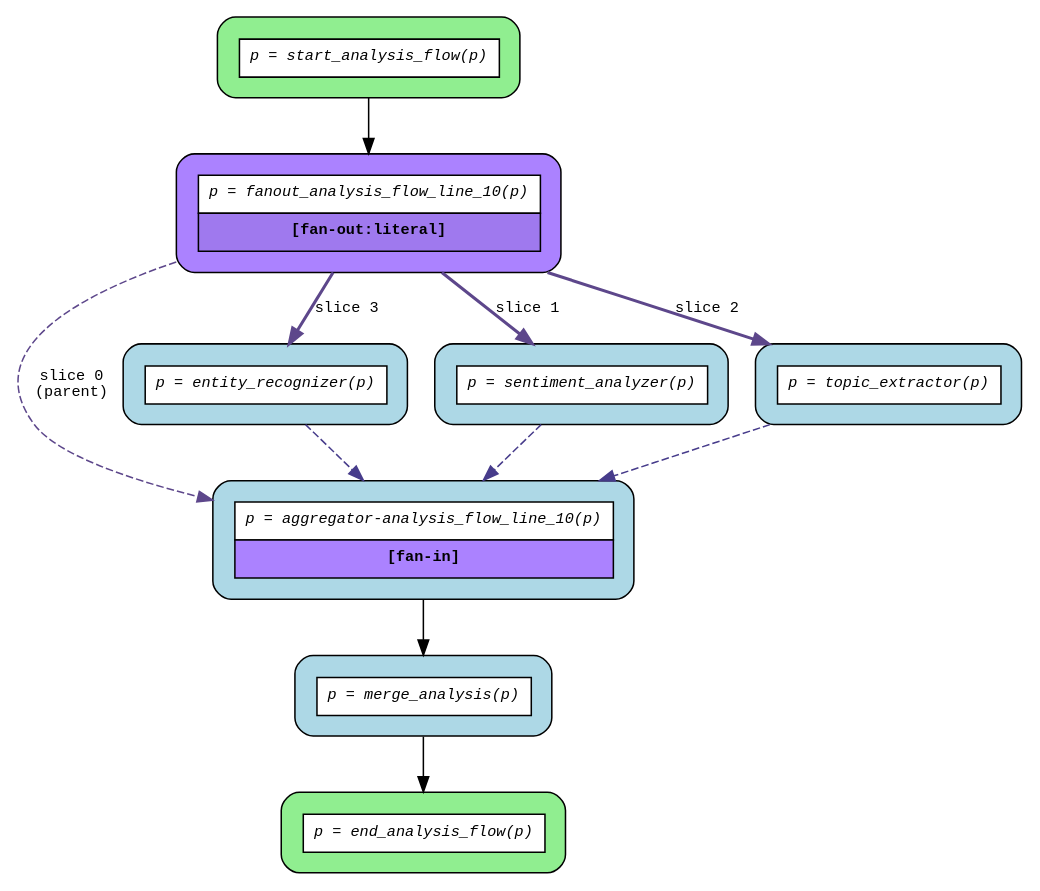
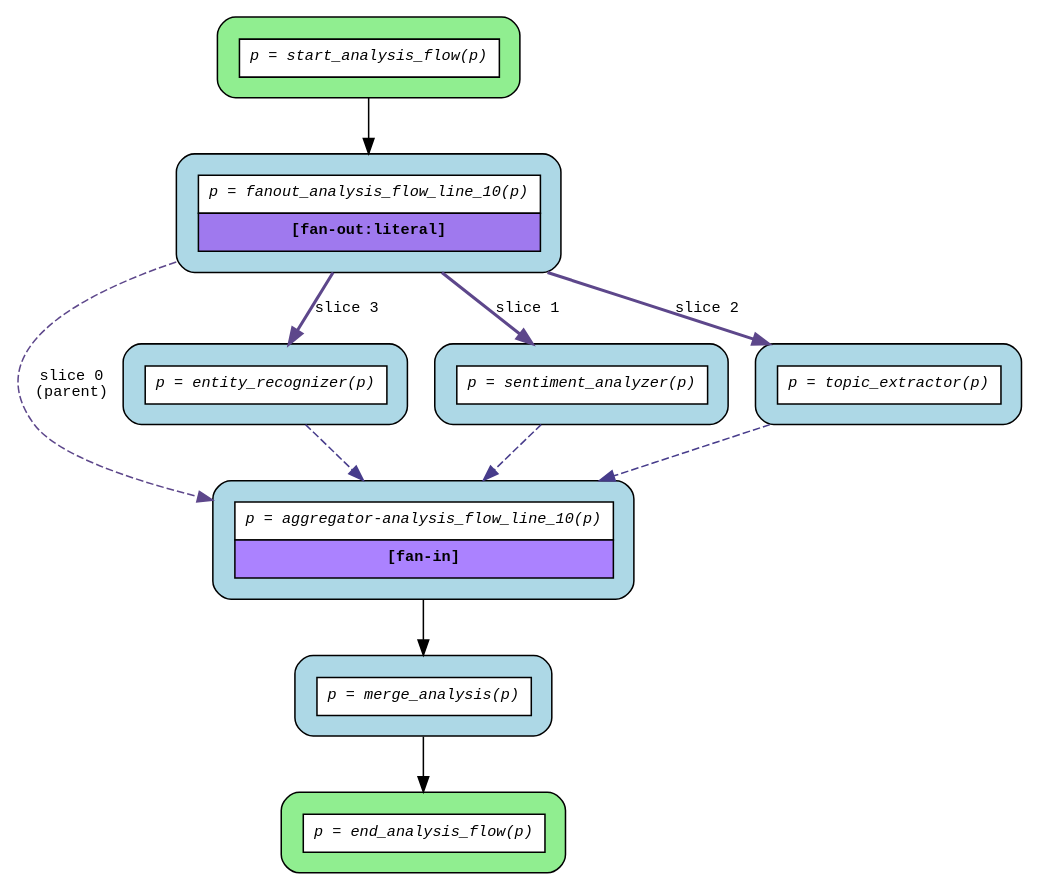
The diagram in examples/flows/compiled/fanout_literal/flow.dot (deliveryhero/asya), drawn with Graphviz before and after one commit. The commit also changed 12 other files, not shown here.

Commit message:
Blue router color for fan-out routers

```diff
--- a/examples/flows/compiled/fanout_literal/flow.dot
+++ b/examples/flows/compiled/fanout_literal/flow.dot
@@ -1,26 +1,26 @@
 digraph flow {
   rankdir=TB;
   graph [fontname="Courier", fontsize=10];
   node [fontname="Courier", fontsize=10, shape=box, style="filled,rounded", margin="0.2"];
   edge [fontname="Courier", fontsize=10];
 
   start_analysis_flow [fillcolor="lightgreen", label=<<table border="0" cellspacing="0" cellpadding="6" cellborder="1"><tr><td bgcolor="white" align="center"><i>p = start_analysis_flow(p)</i></td></tr></table>>];
-  fanout_analysis_flow_line_10 [fillcolor="mediumpurple1", label=<<table border="0" cellspacing="0" cellpadding="6" cellborder="1"><tr><td bgcolor="white" align="center"><i>p = fanout_analysis_flow_line_10(p)</i></td></tr><tr><td bgcolor="mediumpurple2" align="center"><b>[fan-out:literal]</b></td></tr></table>>];
+  fanout_analysis_flow_line_10 [fillcolor="lightblue", label=<<table border="0" cellspacing="0" cellpadding="6" cellborder="1"><tr><td bgcolor="white" align="center"><i>p = fanout_analysis_flow_line_10(p)</i></td></tr><tr><td bgcolor="mediumpurple2" align="center"><b>[fan-out:literal]</b></td></tr></table>>];
   end_analysis_flow [fillcolor="lightgreen", label=<<table border="0" cellspacing="0" cellpadding="6" cellborder="1"><tr><td bgcolor="white" align="center"><i>p = end_analysis_flow(p)</i></td></tr></table>>];
   aggregator_analysis_flow_line_10 [fillcolor="lightblue", label=<<table border="0" cellspacing="0" cellpadding="6" cellborder="1"><tr><td bgcolor="white" align="center"><i>p = aggregator-analysis_flow_line_10(p)</i></td></tr><tr><td bgcolor="mediumpurple1" align="center"><b>[fan-in]</b></td></tr></table>>];
   entity_recognizer [fillcolor="lightblue", label=<<table border="0" cellspacing="0" cellpadding="6" cellborder="1"><tr><td bgcolor="white" align="center"><i>p = entity_recognizer(p)</i></td></tr></table>>];
   merge_analysis [fillcolor="lightblue", label=<<table border="0" cellspacing="0" cellpadding="6" cellborder="1"><tr><td bgcolor="white" align="center"><i>p = merge_analysis(p)</i></td></tr></table>>];
   sentiment_analyzer [fillcolor="lightblue", label=<<table border="0" cellspacing="0" cellpadding="6" cellborder="1"><tr><td bgcolor="white" align="center"><i>p = sentiment_analyzer(p)</i></td></tr></table>>];
   topic_extractor [fillcolor="lightblue", label=<<table border="0" cellspacing="0" cellpadding="6" cellborder="1"><tr><td bgcolor="white" align="center"><i>p = topic_extractor(p)</i></td></tr></table>>];
 
   aggregator_analysis_flow_line_10 -> merge_analysis;
   entity_recognizer -> aggregator_analysis_flow_line_10 [color=slateblue4, style=dashed];
   fanout_analysis_flow_line_10 -> aggregator_analysis_flow_line_10 [color=mediumpurple4, label="slice 0\n(parent)", style=dashed];
   fanout_analysis_flow_line_10 -> entity_recognizer [color=mediumpurple4, label="slice 3", style=bold];
   fanout_analysis_flow_line_10 -> sentiment_analyzer [color=mediumpurple4, label="slice 1", style=bold];
   fanout_analysis_flow_line_10 -> topic_extractor [color=mediumpurple4, label="slice 2", style=bold];
   merge_analysis -> end_analysis_flow;
   sentiment_analyzer -> aggregator_analysis_flow_line_10 [color=slateblue4, style=dashed];
   start_analysis_flow -> fanout_analysis_flow_line_10;
   topic_extractor -> aggregator_analysis_flow_line_10 [color=slateblue4, style=dashed];
 }
```
